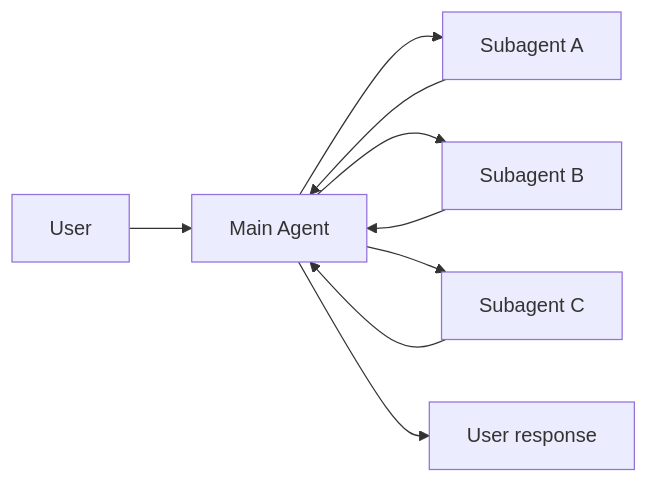
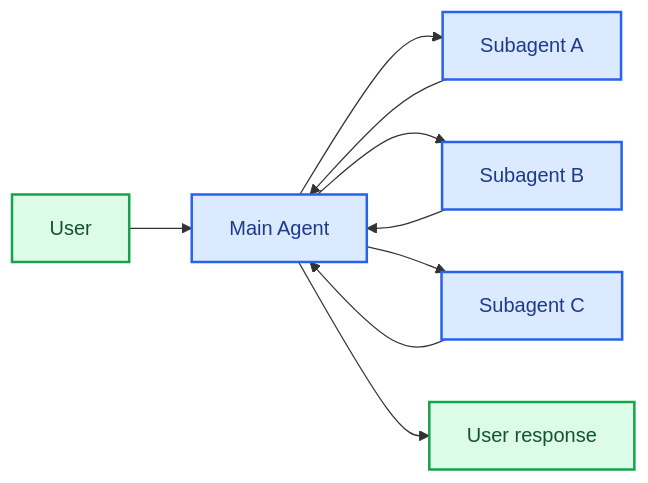
The fourth of 5 diagrams in build/oss/javascript/langchain/multi-agent/subagents.mdx (bansalkanav/docs), drawn with Mermaid before and after one commit. The commit also changed other lines of this file and 2887 other files, not shown here.

````diff
--- a/build/oss/javascript/langchain/multi-agent/subagents.mdx
+++ b/build/oss/javascript/langchain/multi-agent/subagents.mdx
@@ -192,11 +194,17 @@
 ```mermaid
 graph LR
     A[User] --> B[Main Agent]
     B --> C[Subagent A]
     B --> D[Subagent B]
     B --> E[Subagent C]
     C --> B
     D --> B
     E --> B
     B --> F[User response]
+
+    classDef trigger fill:#DCFCE7,stroke:#16A34A,stroke-width:2px,color:#14532D
+    classDef process fill:#DBEAFE,stroke:#2563EB,stroke-width:2px,color:#1E3A8A
+
+    class A,F trigger
+    class B,C,D,E process
 ```
````
